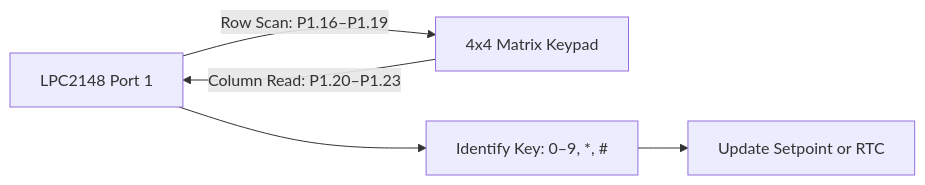
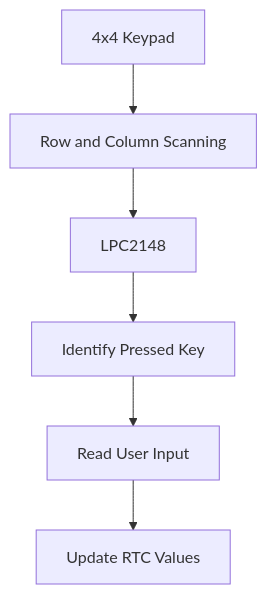
One commit to maghambhanu/LPC2148-Industrial-Environment-Monitor changed the fifth of 10 diagrams in README.md. Above: the diagram before and after it, drawn with Mermaid. The commit also changed other lines of this file, not shown here.

````diff
--- a/README.md
+++ b/README.md
@@ -213,7 +243,8 @@
 ```mermaid
-flowchart LR
-    A[LPC2148 Port 1] -->|Row Scan: P1.16–P1.19| B[4x4 Matrix Keypad]
-    B -->|Column Read: P1.20–P1.23| A
-    A --> C[Identify Key: 0–9, *, #]
-    C --> D[Update Setpoint or RTC]
+flowchart TD
+    A[4x4 Keypad] --> B[Row and Column Scanning]
+    B --> C[LPC2148]
+    C --> D[Identify Pressed Key]
+    D --> E[Read User Input]
+    E --> F[Update RTC Values]
 ```
````
